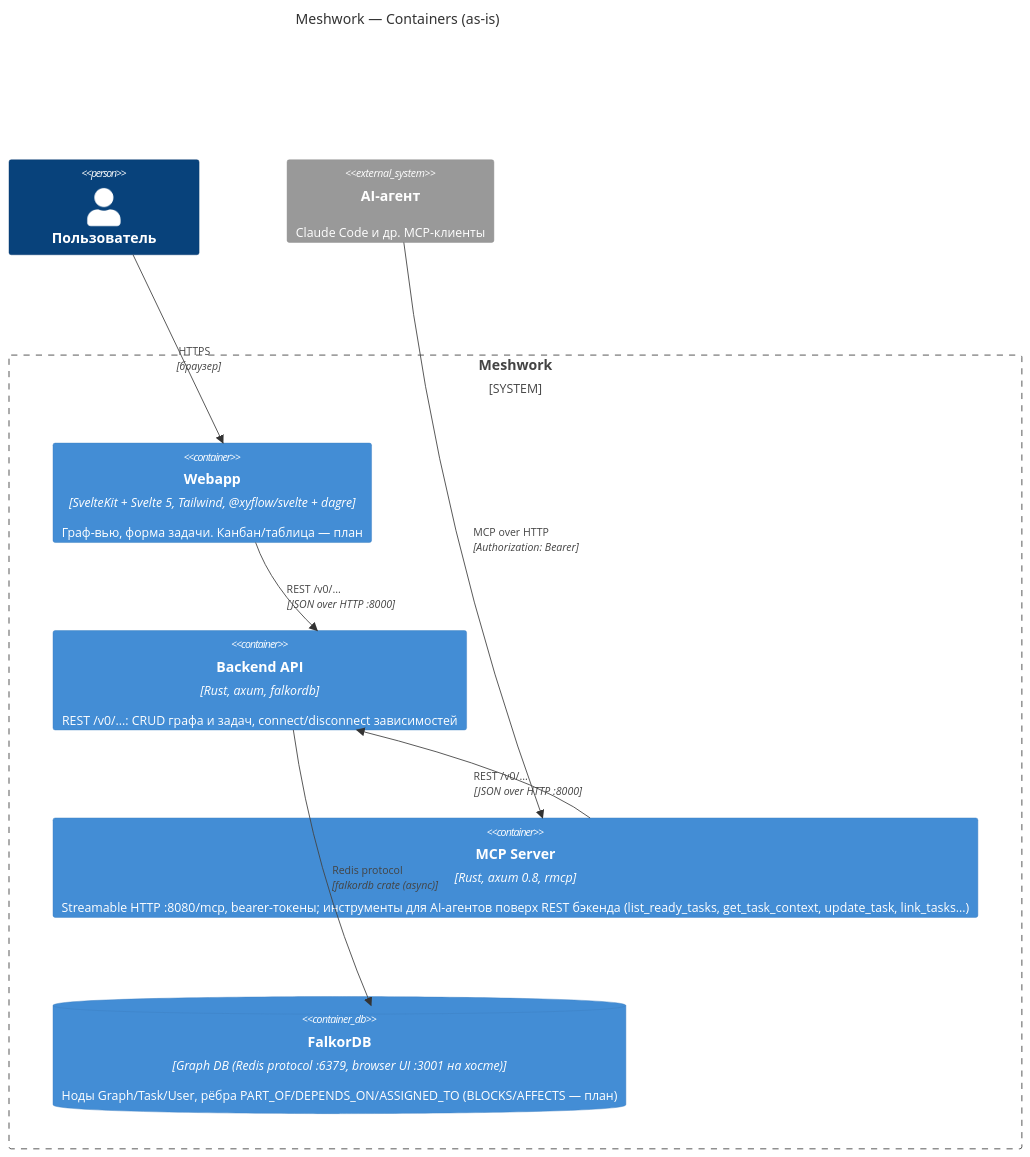
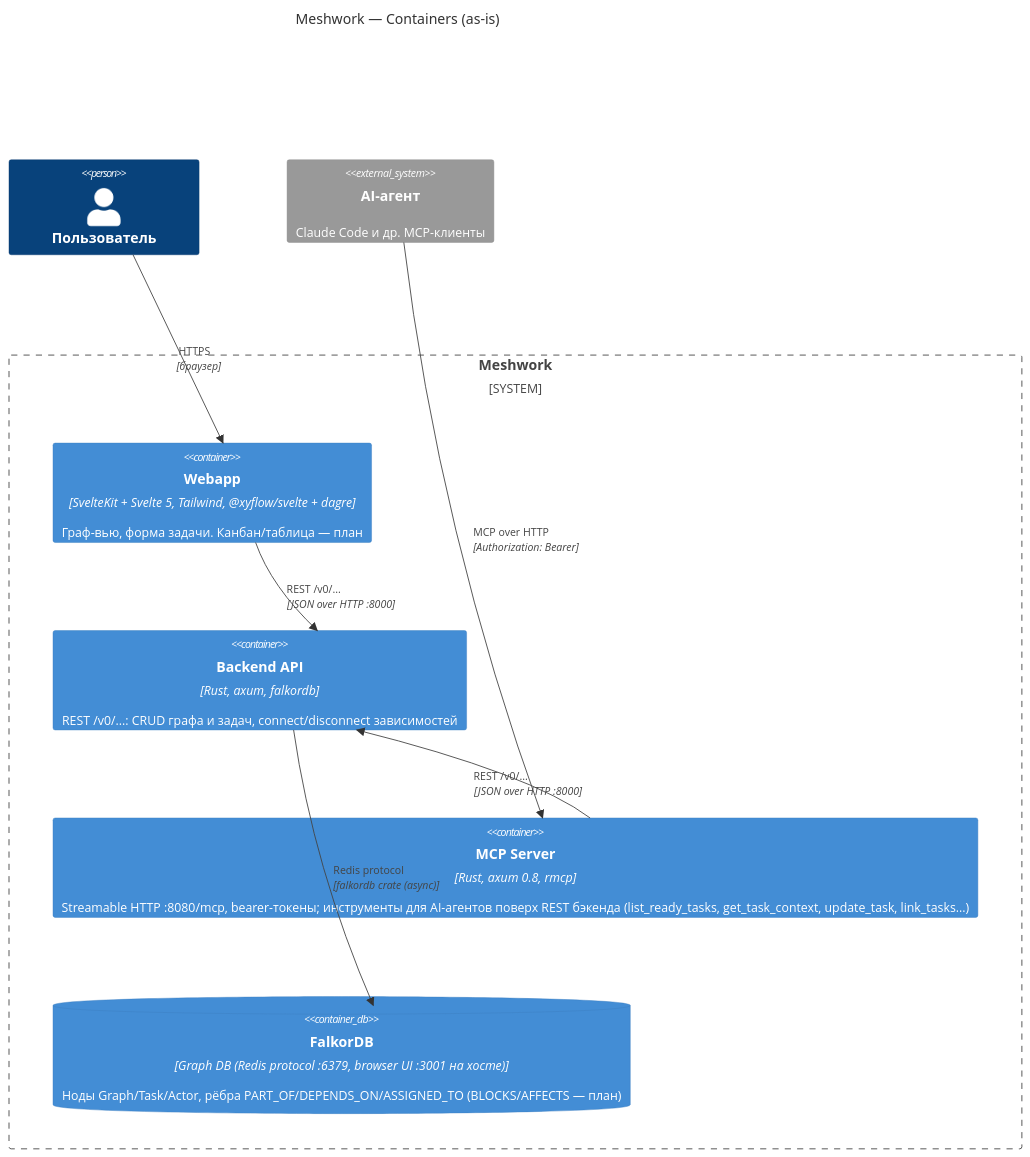
The second of 3 diagrams in docs/architecture.md (NotBioWaste905/Meshwork), drawn with Mermaid before and after one commit. The commit also changed 20 other files, not shown here.

````diff
--- a/docs/architecture.md
+++ b/docs/architecture.md
@@ -32,20 +32,20 @@
 ```mermaid
 C4Container
     title Meshwork — Containers (as-is)
 
     Person(user, "Пользователь")
     System_Ext(agent, "AI-агент", "Claude Code и др. MCP-клиенты")
 
     System_Boundary(meshwork, "Meshwork") {
         Container(frontend, "Webapp", "SvelteKit + Svelte 5, Tailwind, @xyflow/svelte + dagre", "Граф-вью, форма задачи. Канбан/таблица — план")
         Container(backend, "Backend API", "Rust, axum, falkordb", "REST /v0/...: CRUD графа и задач, connect/disconnect зависимостей")
         Container(mcp, "MCP Server", "Rust, axum 0.8, rmcp", "Streamable HTTP :8080/mcp, bearer-токены; инструменты для AI-агентов поверх REST бэкенда (list_ready_tasks, get_task_context, update_task, link_tasks...)")
-        ContainerDb(db, "FalkorDB", "Graph DB (Redis protocol :6379, browser UI :3001 на хосте)", "Ноды Graph/Task/User, рёбра PART_OF/DEPENDS_ON/ASSIGNED_TO (BLOCKS/AFFECTS — план)")
+        ContainerDb(db, "FalkorDB", "Graph DB (Redis protocol :6379, browser UI :3001 на хосте)", "Ноды Graph/Task/Actor, рёбра PART_OF/DEPENDS_ON/ASSIGNED_TO (BLOCKS/AFFECTS — план)")
     }
 
     Rel(user, frontend, "HTTPS", "браузер")
     Rel(frontend, backend, "REST /v0/...", "JSON over HTTP :8000")
     Rel(backend, db, "Redis protocol", "falkordb crate (async)")
     Rel(agent, mcp, "MCP over HTTP", "Authorization: Bearer")
     Rel(mcp, backend, "REST /v0/...", "JSON over HTTP :8000")
 ```
````
